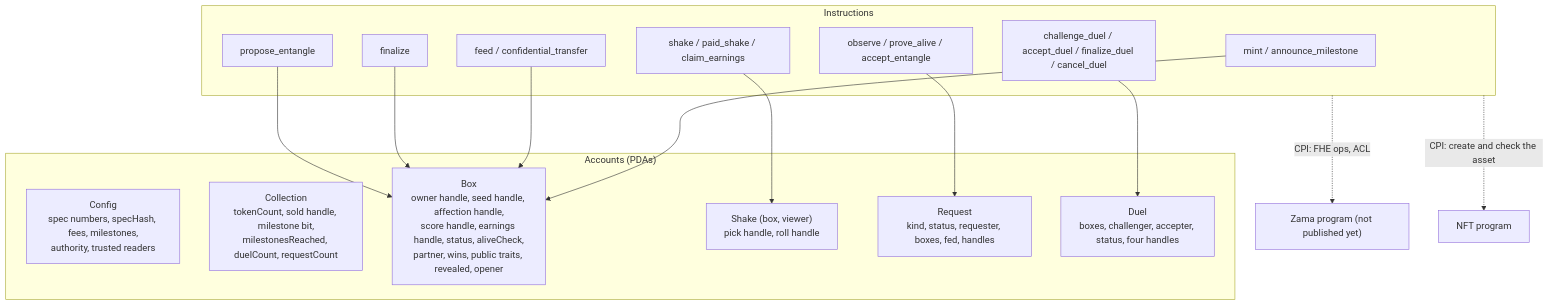
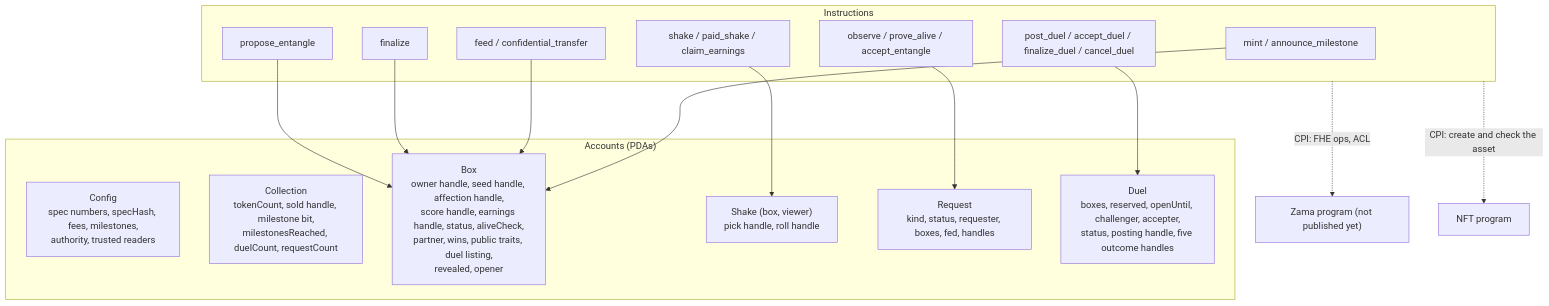
Before and after one commit to jecombe/do_not_open: the second of 2 diagrams in docs/SOLANA_PORTING.md, drawn with Mermaid. The commit also changed other lines of this file and 35 other files, not shown here.

````diff
--- a/docs/SOLANA_PORTING.md
+++ b/docs/SOLANA_PORTING.md
@@ -116,22 +118,22 @@
 ```mermaid
 flowchart TB
   subgraph accounts["Accounts (PDAs)"]
     cfg["Config<br/>spec numbers, specHash, fees, milestones,<br/>authority, trusted readers"]
     col["Collection<br/>tokenCount, sold handle, milestone bit,<br/>milestonesReached, duelCount, requestCount"]
-    box["Box<br/>owner handle, seed handle, affection handle,<br/>score handle, earnings handle, status, aliveCheck,<br/>partner, wins, public traits, revealed, opener"]
+    box["Box<br/>owner handle, seed handle, affection handle,<br/>score handle, earnings handle, status, aliveCheck,<br/>partner, wins, public traits, duel listing,<br/>revealed, opener"]
     shake["Shake (box, viewer)<br/>pick handle, roll handle"]
     req["Request<br/>kind, status, requester, boxes, fed, handles"]
-    duel["Duel<br/>boxes, challenger, accepter, status, four handles"]
+    duel["Duel<br/>boxes, reserved, openUntil, challenger, accepter,<br/>status, posting handle, five outcome handles"]
   end
   subgraph ix["Instructions"]
     i1["mint / announce_milestone"] --> box
     i2["shake / paid_shake / claim_earnings"] --> shake
     i3["feed / confidential_transfer"] --> box
     i4["observe / prove_alive / accept_entangle"] --> req
     i5["finalize"] --> box
     i6["propose_entangle"] --> box
-    i7["challenge_duel / accept_duel / finalize_duel / cancel_duel"] --> duel
+    i7["post_duel / accept_duel / finalize_duel / cancel_duel"] --> duel
   end
   ix -. "CPI: FHE ops, ACL" .-> zama["Zama program (not published yet)"]
   ix -. "CPI: create and check the asset" .-> nft["NFT program"]
 ```
````
